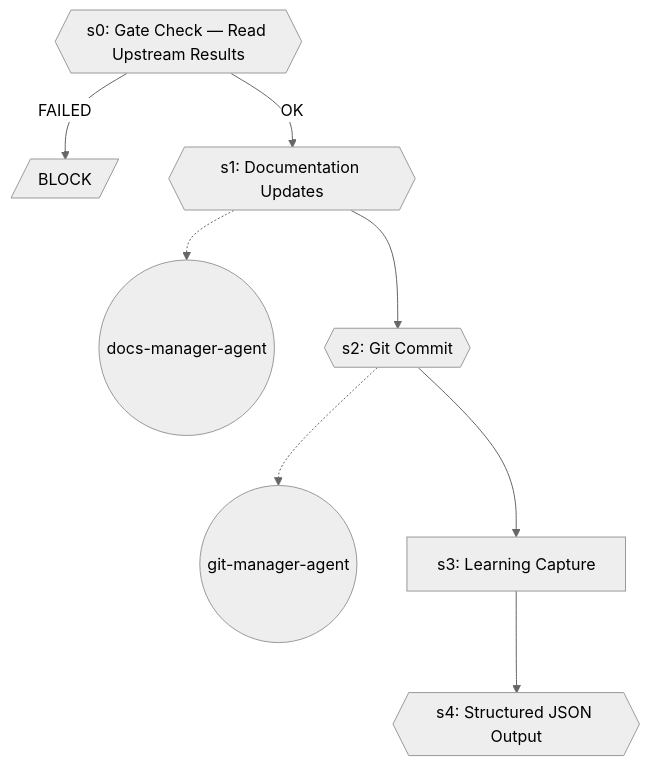
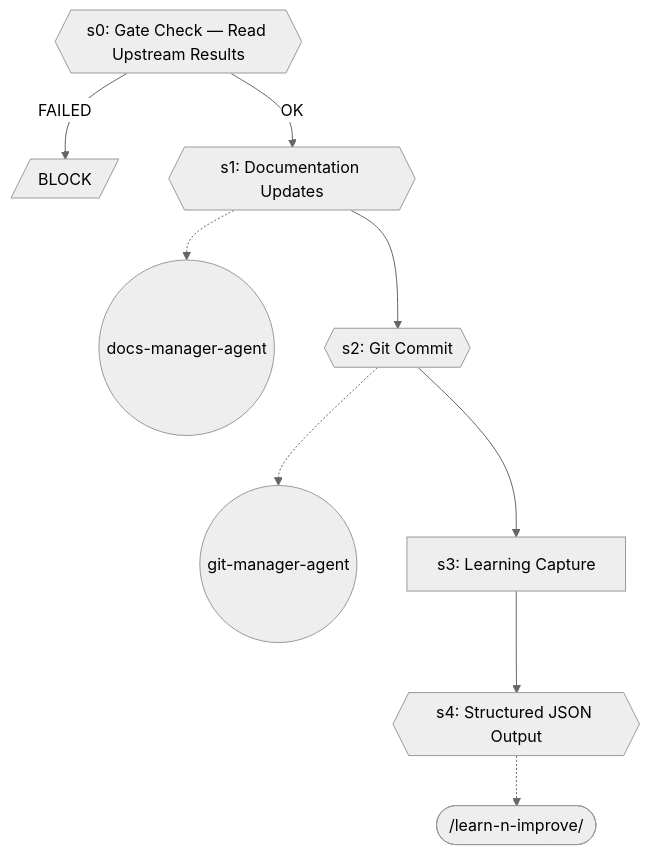
Before and after one commit to abhayla/claude-best-practices: diagram 29 of 37 in docs/workflows/development-loop.md, drawn with Mermaid (neutral theme). The commit also changed other lines of this file and 12 other files, not shown here.

````diff
--- a/docs/workflows/development-loop.md
+++ b/docs/workflows/development-loop.md
@@ -1089,18 +1101,20 @@
 ```mermaid
 graph TD
     s0{{s0: Gate Check — Read Upstream Results}}
     s0_block[/BLOCK/]
     s0 -->|FAILED| s0_block
     s1{{s1: Documentation Updates}}
     s0 -->|OK| s1
     docs_manager_agent_ext((docs-manager-agent))
     s1 -.-> docs_manager_agent_ext
     s2{{s2: Git Commit}}
     s1 --> s2
     git_manager_agent_ext((git-manager-agent))
     s2 -.-> git_manager_agent_ext
     s3["s3: Learning Capture"]
     s2 --> s3
     s4{{s4: Structured JSON Output}}
     s3 --> s4
+    learn_n_improve_ext([/learn-n-improve/])
+    s4 -.-> learn_n_improve_ext
 ```
````
